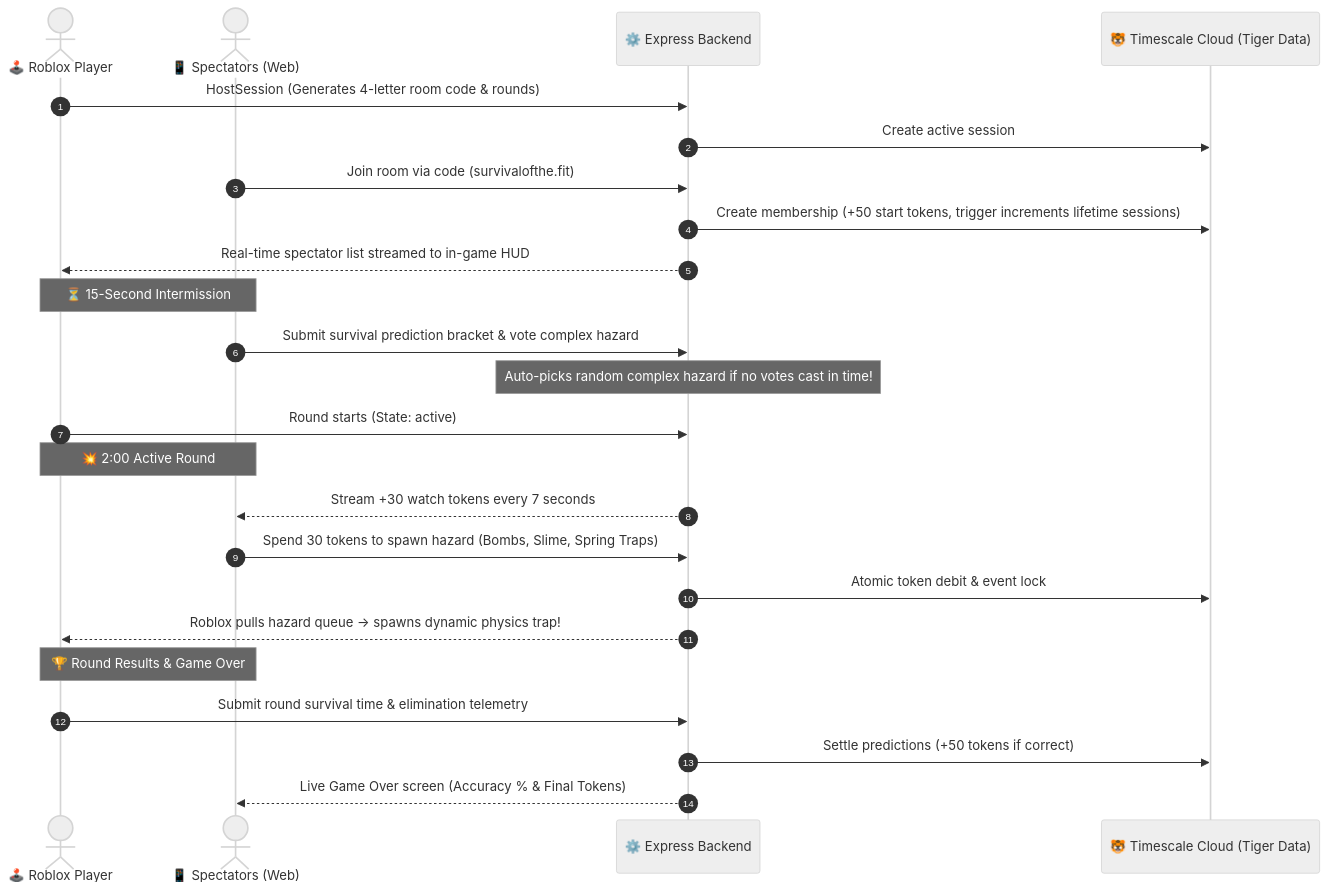
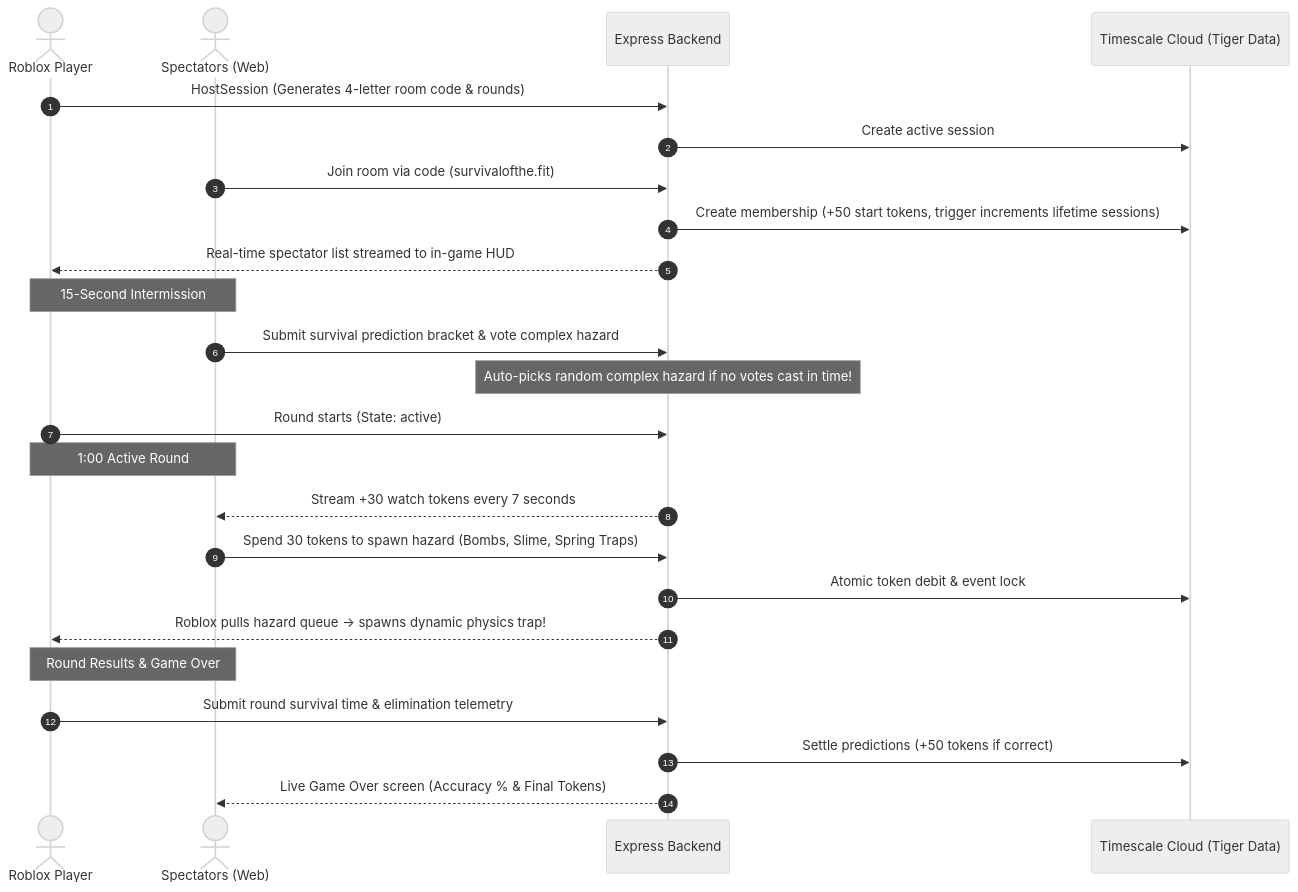
One commit to andy-jpeg/crowd-control changed the diagram in README.md. Above: the diagram before and after it, drawn with Mermaid (neutral theme). The commit also changed other lines of this file, not shown here.

Commit message:
Update README: clean text links, remove emojis, set 1m round length, update team roles

````diff
--- a/README.md
+++ b/README.md
@@ -23,30 +24,30 @@
 ```mermaid
 sequenceDiagram
     autonumber
-    actor Host as 🕹️ Roblox Player
-    actor Audience as 📱 Spectators (Web)
-    participant Server as ⚙️ Express Backend
-    participant DB as 🐯 Timescale Cloud (Tiger Data)
+    actor Host as Roblox Player
+    actor Audience as Spectators (Web)
+    participant Server as Express Backend
+    participant DB as Timescale Cloud (Tiger Data)
 
     Host->>Server: HostSession (Generates 4-letter room code & rounds)
     Server->>DB: Create active session
     Audience->>Server: Join room via code (survivalofthe.fit)
     Server->>DB: Create membership (+50 start tokens, trigger increments lifetime sessions)
     Server-->>Host: Real-time spectator list streamed to in-game HUD
     
-    Note over Host,Audience: ⏳ 15-Second Intermission
+    Note over Host,Audience: 15-Second Intermission
     Audience->>Server: Submit survival prediction bracket & vote complex hazard
     Note over Server: Auto-picks random complex hazard if no votes cast in time!
     Host->>Server: Round starts (State: active)
     
-    Note over Host,Audience: 💥 2:00 Active Round
+    Note over Host,Audience: 1:00 Active Round
     Server-->>Audience: Stream +30 watch tokens every 7 seconds
     Audience->>Server: Spend 30 tokens to spawn hazard (Bombs, Slime, Spring Traps)
     Server->>DB: Atomic token debit & event lock
     Server-->>Host: Roblox pulls hazard queue -> spawns dynamic physics trap!
     
-    Note over Host,Audience: 🏆 Round Results & Game Over
+    Note over Host,Audience: Round Results & Game Over
     Host->>Server: Submit round survival time & elimination telemetry
     Server->>DB: Settle predictions (+50 tokens if correct)
     Server-->>Audience: Live Game Over screen (Accuracy % & Final Tokens)
 ```
````
